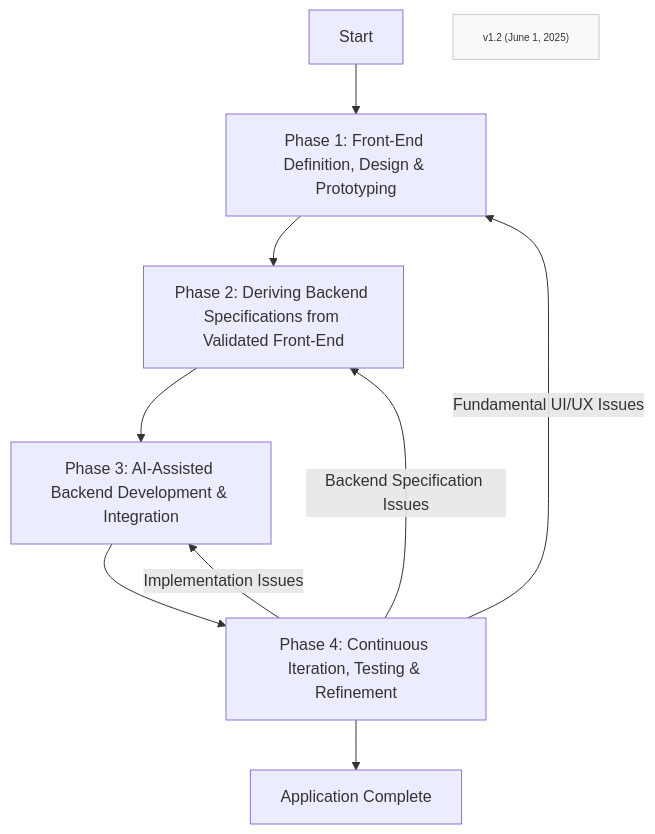
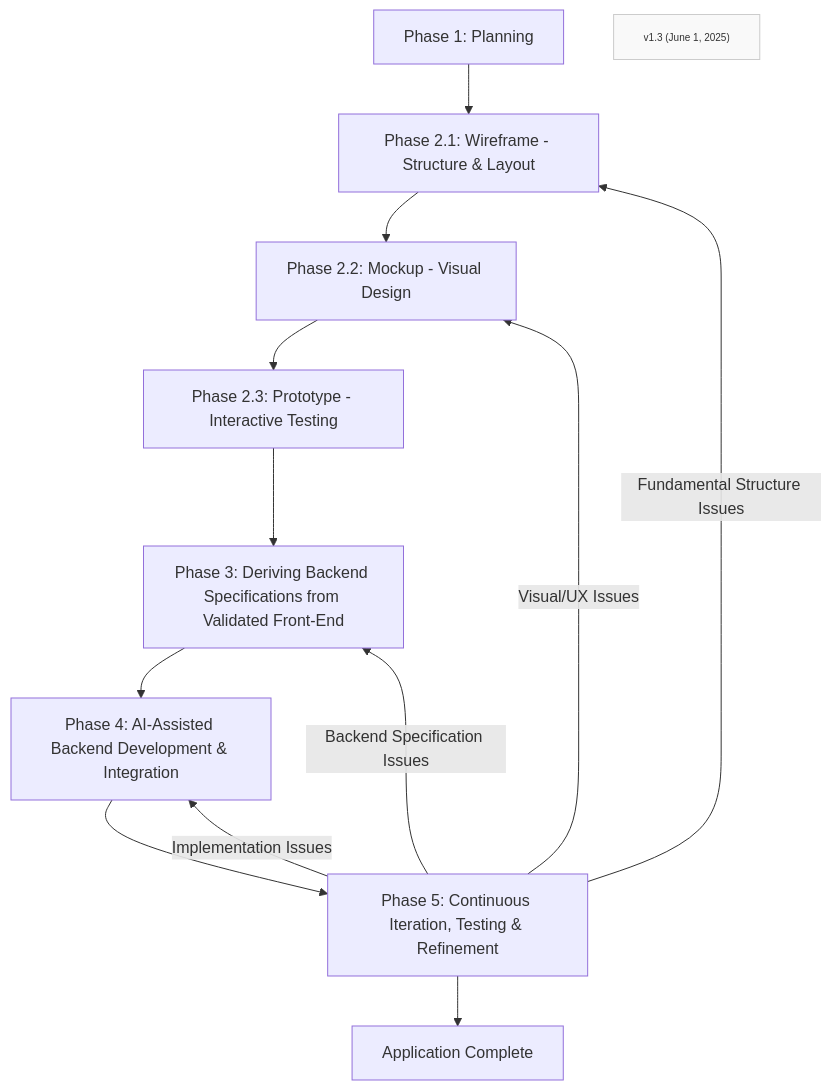
Before and after one commit to Mharbulous/Front-First-Method: the diagram in Prompt_Snippets/design-first/DF-overview.md, drawn with Mermaid.

````diff
--- a/Prompt_Snippets/design-first/DF-overview.md
+++ b/Prompt_Snippets/design-first/DF-overview.md
@@ -1,17 +1,20 @@
 ```mermaid
 graph TD
-    A[Start] --> Phase1["Phase 1: Front-End Definition, Design & Prototyping"]
-    Phase1 --> Phase2["Phase 2: Deriving Backend Specifications from Validated Front-End"]
-    Phase2 --> Phase3["Phase 3: AI-Assisted Backend Development & Integration"]
-    Phase3 --> Phase4["Phase 4: Continuous Iteration, Testing & Refinement"]
-    Phase4 --> F["Application Complete"]
+    A["Phase 1: Planning"] --> Phase2_1["Phase 2.1: Wireframe - Structure & Layout"]
+    Phase2_1 --> Phase2_2["Phase 2.2: Mockup - Visual Design"]
+    Phase2_2 --> Phase2_3["Phase 2.3: Prototype - Interactive Testing"]
+    Phase2_3 --> Phase3["Phase 3: Deriving Backend Specifications from Validated Front-End"]
+    Phase3 --> Phase4["Phase 4: AI-Assisted Backend Development & Integration"]
+    Phase4 --> Phase5["Phase 5: Continuous Iteration, Testing & Refinement"]
+    Phase5 --> F["Application Complete"]
     
-    Phase4 -->|Implementation Issues| Phase3
-    Phase4 -->|Backend Specification Issues| Phase2
-    Phase4 -->|Fundamental UI/UX Issues| Phase1
+    Phase5 -->|Implementation Issues| Phase4
+    Phase5 -->|Backend Specification Issues| Phase3
+    Phase5 -->|Visual/UX Issues| Phase2_2
+    Phase5 -->|Fundamental Structure Issues| Phase2_1
     
-    Version["v1.2 (June 1, 2025)"]
+    Version["v1.3 (June 1, 2025)"]
     
     classDef version fill:#f9f9f9,stroke:#ccc,font-size:10px
     class Version version
 ```
````
